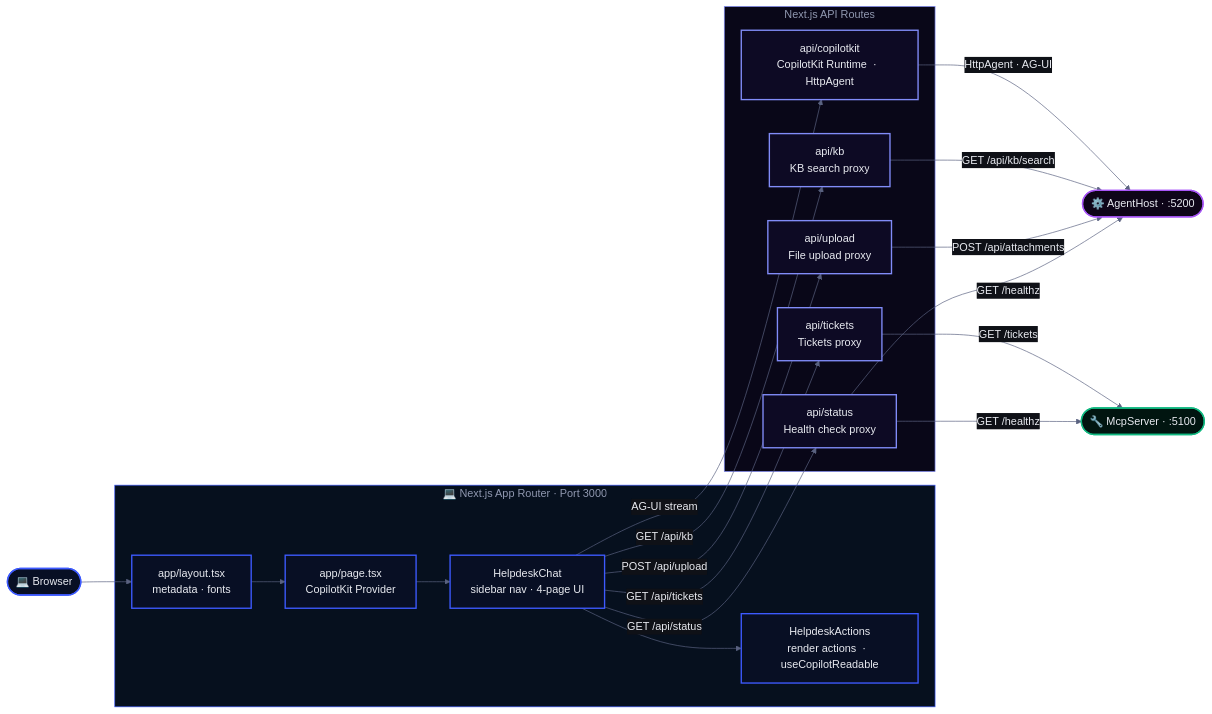
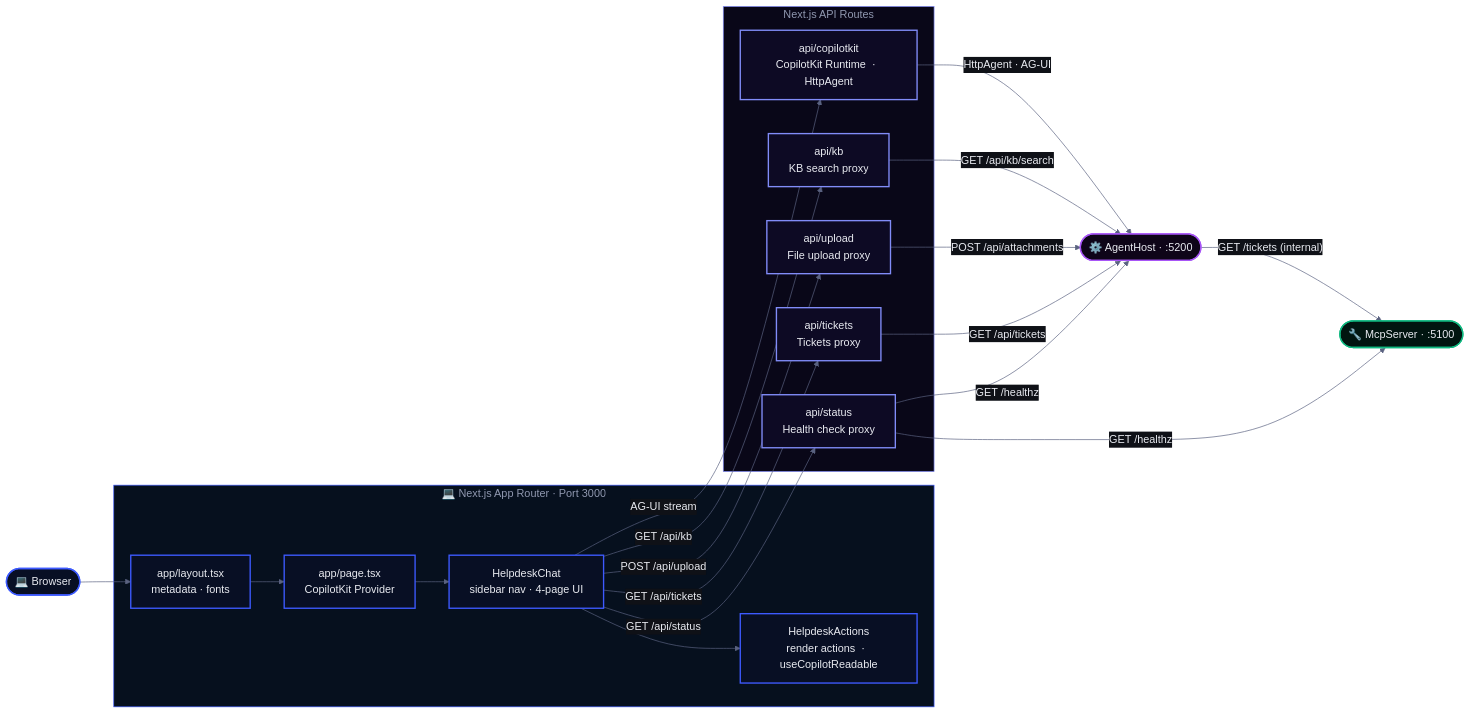
Before and after one commit to sreyanchoudhury/HelpdeskAI.CSharp: the diagram in src/HelpdeskAI.Frontend/README.md, drawn with Mermaid. The commit also changed other lines of this file and 15 other files, not shown here.

````diff
--- a/src/HelpdeskAI.Frontend/README.md
+++ b/src/HelpdeskAI.Frontend/README.md
@@ -77,46 +77,47 @@
 ```mermaid
 %%{init: {"theme": "base", "themeVariables": {"primaryColor": "#151820", "primaryTextColor": "#e8eaf0", "primaryBorderColor": "#3d5afe", "lineColor": "#5a6280", "secondaryColor": "#0f1117", "tertiaryColor": "#0a0b0f", "clusterBkg": "#0f1117", "titleColor": "#9098b0", "edgeLabelBackground": "#0f1117", "fontFamily": "system-ui, -apple-system, sans-serif"}}}%%
 flowchart LR
     classDef ui      fill:#080f24,stroke:#3d5afe,color:#e8eaf0,stroke-width:2px
     classDef api     fill:#0d0a24,stroke:#818cf8,color:#e8eaf0,stroke-width:2px
     classDef backend fill:#0e0518,stroke:#a855f7,color:#e8eaf0,stroke-width:2px
     classDef mcpsrv  fill:#011510,stroke:#10b981,color:#e8eaf0,stroke-width:2px
 
     USER(["💻  Browser"]):::ui
 
     subgraph APP["💻  Next.js App Router  ·  Port 3000"]
         LAYOUT["app/layout.tsx<br/>metadata  ·  fonts"]:::ui
         PAGE["app/page.tsx<br/>CopilotKit Provider"]:::ui
         CHAT["HelpdeskChat<br/>sidebar nav  ·  4-page UI"]:::ui
         ACTIONS["HelpdeskActions<br/>render actions  ·  useCopilotReadable"]:::ui
     end
 
     subgraph ROUTES["  Next.js API Routes"]
         CK["api/copilotkit<br/>CopilotKit Runtime  ·  HttpAgent"]:::api
         KB["api/kb<br/>KB search proxy"]:::api
         TK["api/tickets<br/>Tickets proxy"]:::api
         STRT["api/status<br/>Health check proxy"]:::api
         UL["api/upload<br/>File upload proxy"]:::api
     end
 
     AH(["⚙️  AgentHost  ·  :5200"]):::backend
     MS(["🔧  McpServer  ·  :5100"]):::mcpsrv
 
     style APP    fill:#06101e,stroke:#3d5afe,color:#9098b0
     style ROUTES fill:#090718,stroke:#818cf8,color:#9098b0
 
     USER --> LAYOUT --> PAGE --> CHAT --> ACTIONS
 
     CHAT -- "AG-UI stream"     --> CK
     CHAT -- "GET /api/kb"      --> KB
     CHAT -- "GET /api/tickets" --> TK
     CHAT -- "GET /api/status"  --> STRT
     CHAT -- "POST /api/upload" --> UL
 
     CK   -- "HttpAgent  ·  AG-UI"   --> AH
     KB   -- "GET /api/kb/search"    --> AH
     UL   -- "POST /api/attachments" --> AH
-    TK   -- "GET /tickets"          --> MS
+    TK   -- "GET /api/tickets"      --> AH
+    AH   -- "GET /tickets (internal)" --> MS
     STRT -- "GET /healthz"          --> AH
     STRT -- "GET /healthz"          --> MS
 ```
````
